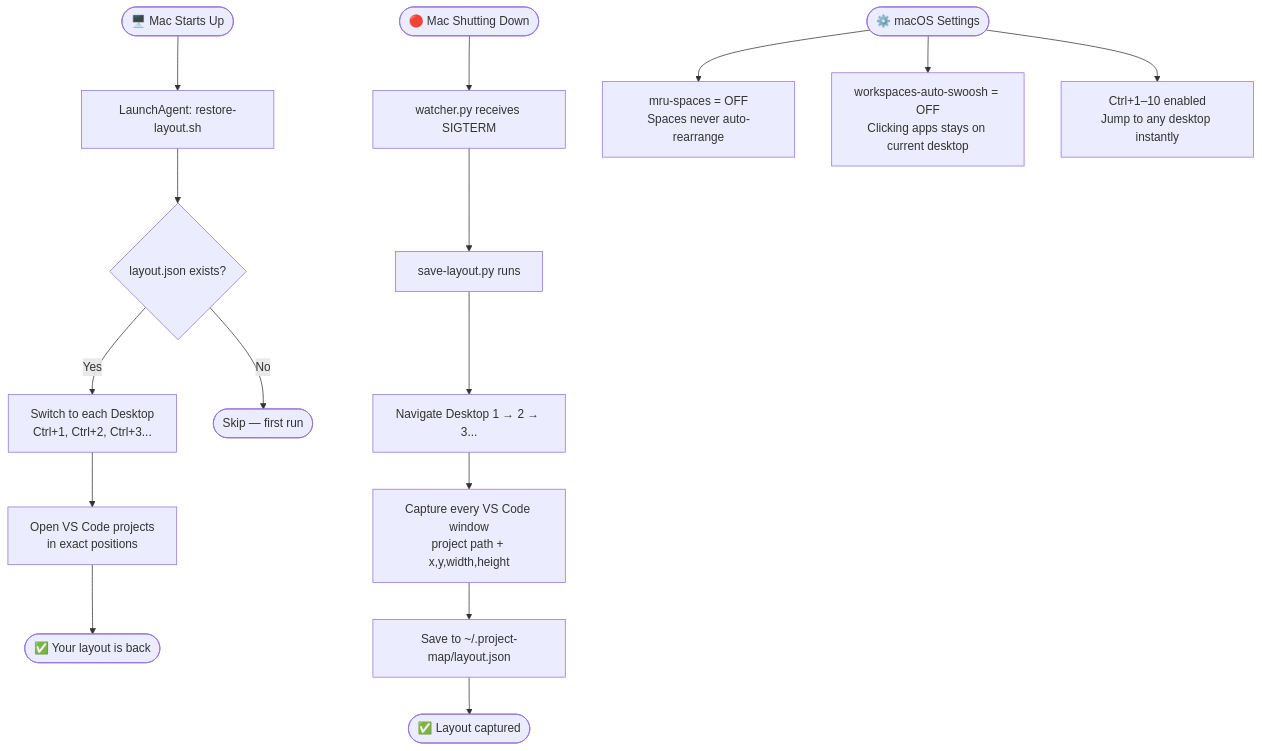
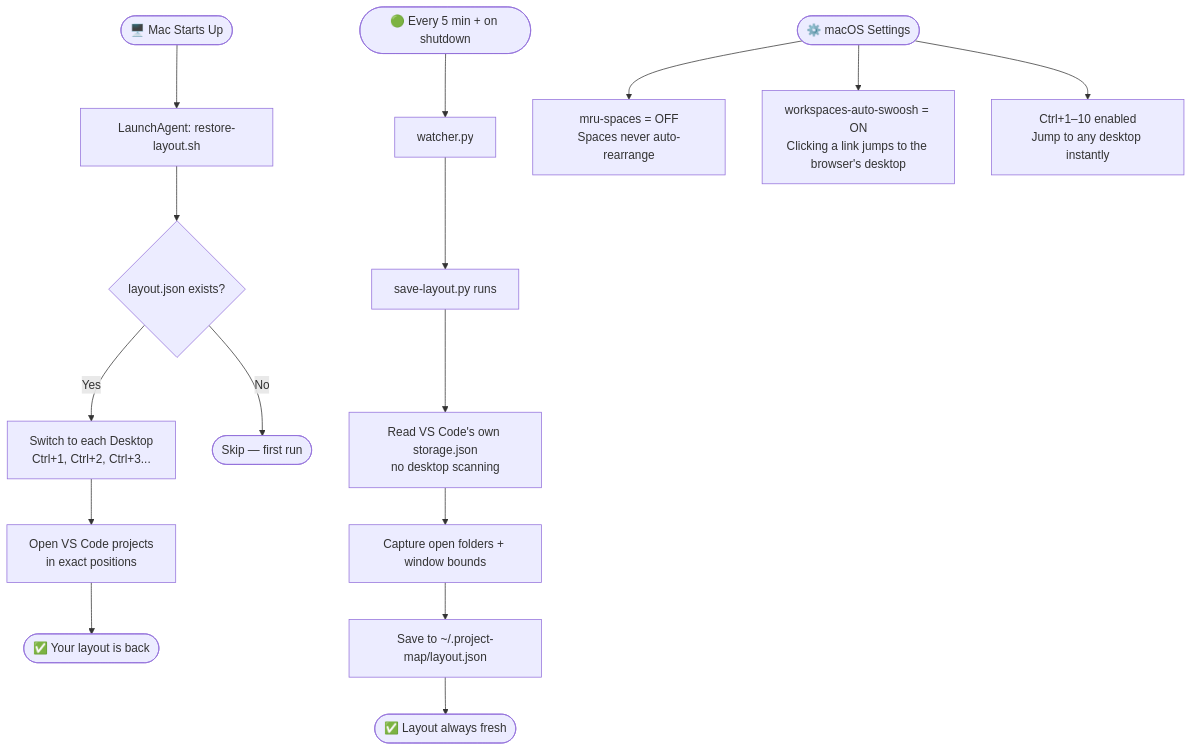
One commit to prodcastmediaa-cyber/map-the-app changed the diagram in README.md. Above: the diagram before and after it, drawn with Mermaid. The commit also changed other lines of this file and 8 other files, not shown here.

First line of the commit message:
v2: reliability fixes — storage.json saver, persistent shortcuts, link-follow

````diff
--- a/README.md
+++ b/README.md
@@ -46,20 +46,20 @@
 ```mermaid
 flowchart TD
     A([🖥️ Mac Starts Up]) --> B[LaunchAgent: restore-layout.sh]
     B --> C{layout.json exists?}
     C -- Yes --> D[Switch to each Desktop\nCtrl+1, Ctrl+2, Ctrl+3...]
     D --> E[Open VS Code projects\nin exact positions]
     E --> F([✅ Your layout is back])
     C -- No --> G([Skip — first run])
 
-    H([🔴 Mac Shutting Down]) --> I[watcher.py receives SIGTERM]
+    H([🟢 Every 5 min + on shutdown]) --> I[watcher.py]
     I --> J[save-layout.py runs]
-    J --> K[Navigate Desktop 1 → 2 → 3...]
-    K --> L[Capture every VS Code window\nproject path + x,y,width,height]
+    J --> K[Read VS Code's own storage.json\nno desktop scanning]
+    K --> L[Capture open folders + window bounds]
     L --> M[Save to ~/.project-map/layout.json]
-    M --> N([✅ Layout captured])
+    M --> N([✅ Layout always fresh])
 
     O([⚙️ macOS Settings]) --> P[mru-spaces = OFF\nSpaces never auto-rearrange]
-    O --> Q[workspaces-auto-swoosh = OFF\nClicking apps stays on current desktop]
+    O --> Q[workspaces-auto-swoosh = ON\nClicking a link jumps to the browser's desktop]
     O --> R[Ctrl+1–10 enabled\nJump to any desktop instantly]
 ```
````
